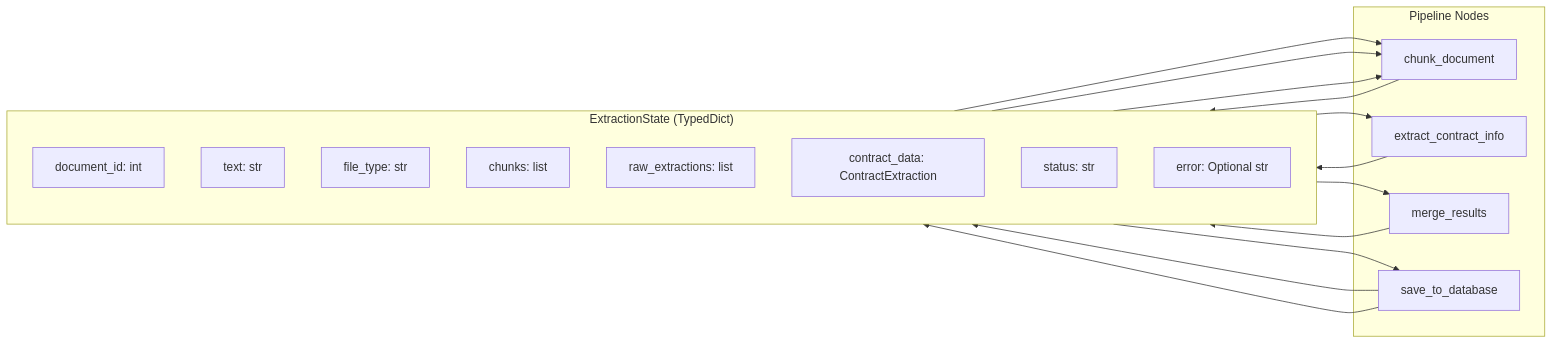
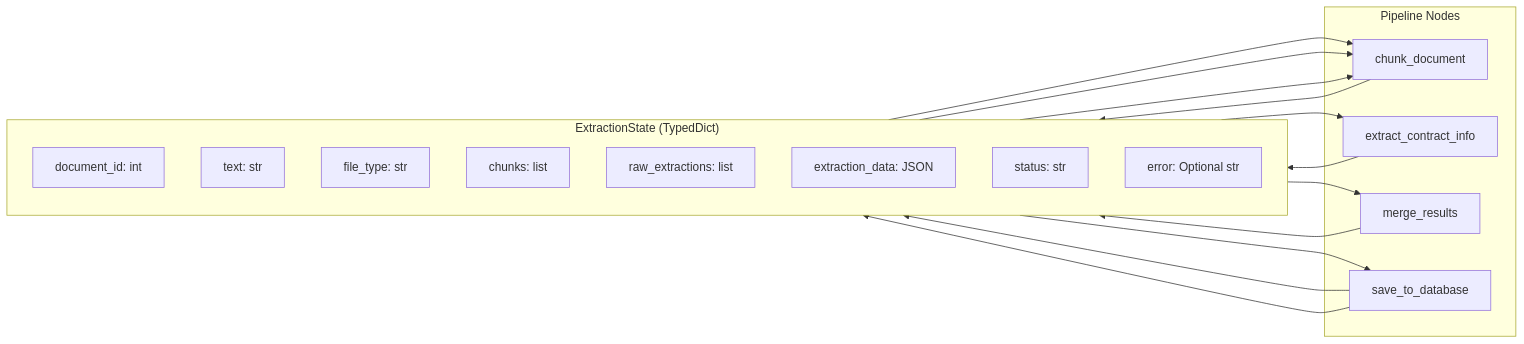
One commit to gustavorubim/document-entity-extractor changed the fourth of 12 diagrams in README.md. Above: the diagram before and after it, drawn with Mermaid. The commit also changed other lines of this file and 4 other files, not shown here.

First line of the commit message:
Add YAML schema support for easier configuration

````diff
--- a/README.md
+++ b/README.md
@@ -304,30 +312,30 @@
 ```mermaid
 flowchart LR
     subgraph State["ExtractionState (TypedDict)"]
         direction TB
         S1[document_id: int]
         S2[text: str]
         S3[file_type: str]
         S4[chunks: list]
         S5[raw_extractions: list]
-        S6[contract_data: ContractExtraction]
+        S6[extraction_data: JSON]
         S7[status: str]
         S8[error: Optional str]
     end
 
     subgraph Nodes["Pipeline Nodes"]
         N1[chunk_document]
         N2[extract_contract_info]
         N3[merge_results]
         N4[save_to_database]
     end
 
     S1 & S2 & S3 --> N1
     N1 --> S4
     S4 --> N2
     N2 --> S5
     S5 --> N3
     N3 --> S6
     S6 --> N4
     N4 --> S7 & S8
 ```
````
